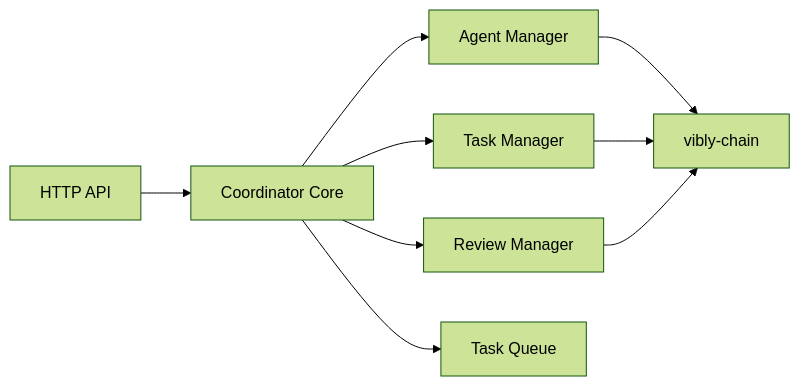
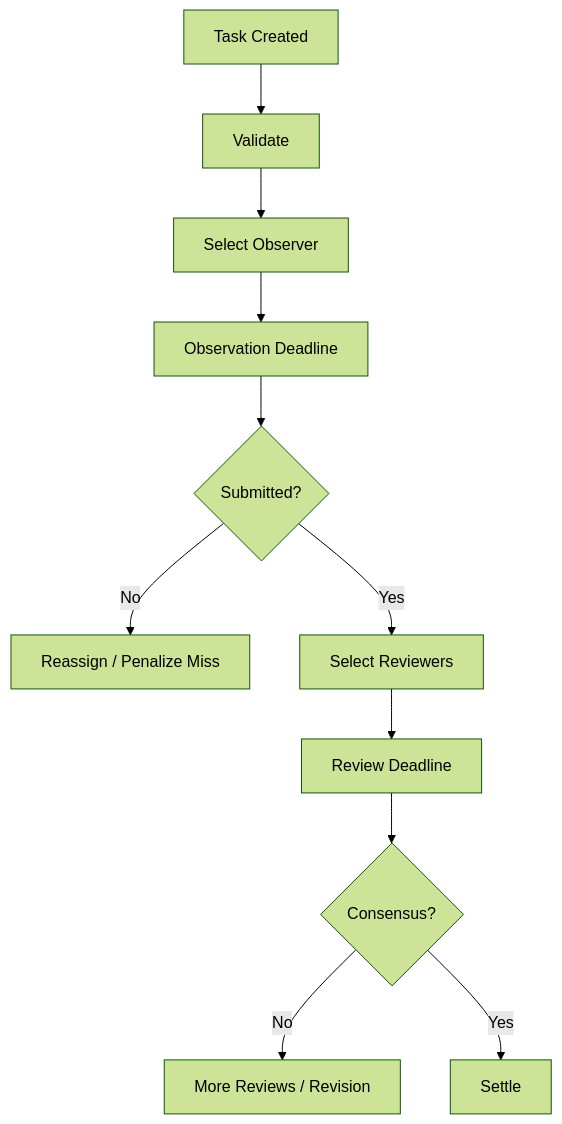
The diagram in i18n/zh-Hans/docusaurus-plugin-content-docs/current/developers/coordinator.md (ArcheLabs/vibly-docs), drawn with Mermaid (forest theme) before and after one commit. The commit also changed other lines of this file and 33 other files, not shown here.

````diff
--- a/i18n/zh-Hans/docusaurus-plugin-content-docs/current/developers/coordinator.md
+++ b/i18n/zh-Hans/docusaurus-plugin-content-docs/current/developers/coordinator.md
@@ -14,11 +39,13 @@
 ```mermaid
-flowchart LR
-  API[HTTP API] --> Core[Coordinator Core]
-  Core --> AgentMgr[Agent Manager]
-  Core --> TaskMgr[Task Manager]
-  Core --> ReviewMgr[Review Manager]
-  AgentMgr --> Chain[vibly-chain]
-  TaskMgr --> Chain
-  ReviewMgr --> Chain
-  Core --> Queue[Task Queue]
+flowchart TD
+  A[Task Created] --> B[Validate]
+  B --> C[Select Observer]
+  C --> D[Observation Deadline]
+  D --> E{Submitted?}
+  E -- No --> F[Reassign / Penalize Miss]
+  E -- Yes --> G[Select Reviewers]
+  G --> H[Review Deadline]
+  H --> I{Consensus?}
+  I -- No --> J[More Reviews / Revision]
+  I -- Yes --> K[Settle]
 ```
````
